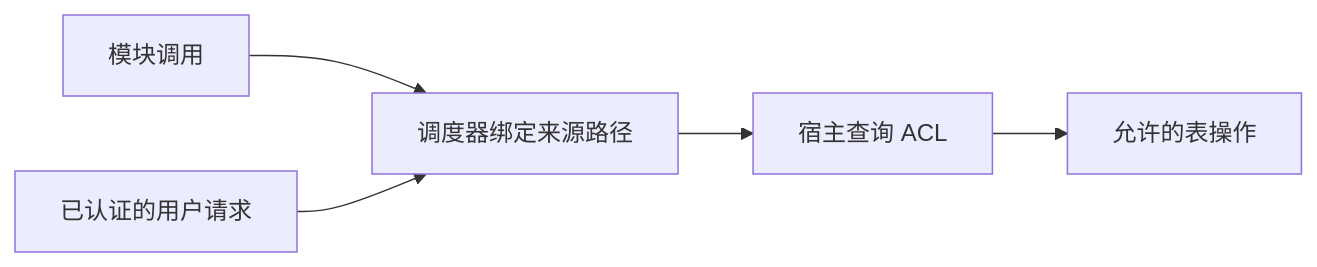
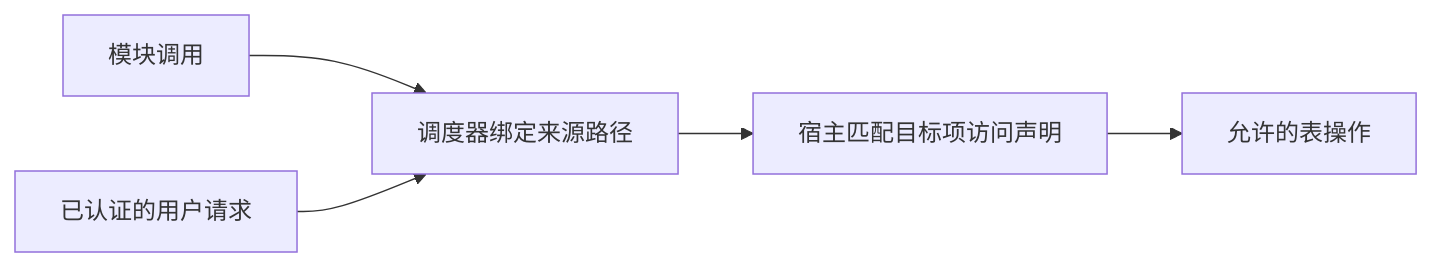
The first of 2 diagrams in doc/02-state-access-and-reload.md (sjrsjz/forest), drawn with Mermaid before and after one commit. The commit also changed other lines of this file and 19 other files, not shown here.

````diff
--- a/doc/02-state-access-and-reload.md
+++ b/doc/02-state-access-and-reload.md
@@ -48,7 +55,7 @@
 ```mermaid
 flowchart LR
     M[模块调用] --> S[调度器绑定来源路径]
     U[已认证的用户请求] --> S
-    S --> A[宿主查询 ACL]
+    S --> A[宿主匹配目标项访问声明]
     A --> O[允许的表操作]
 ```
````
